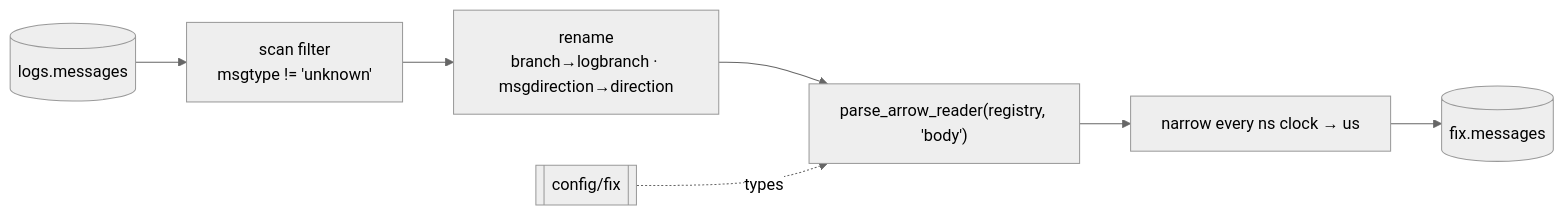
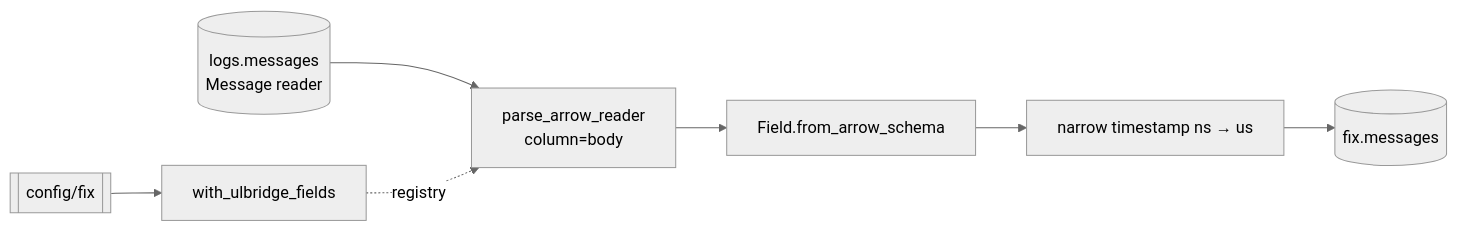
The diagram in docs/pipeline/tasks/parse-fix.md (Platob/yggfin), drawn with Mermaid (neutral theme) before and after one commit. The commit also changed other lines of this file and 46 other files, not shown here.

````diff
--- a/docs/pipeline/tasks/parse-fix.md
+++ b/docs/pipeline/tasks/parse-fix.md
@@ -29,9 +31,9 @@
 ```mermaid
 flowchart LR
-    M[("logs.messages")] --> Q["scan filter<br/>msgtype != 'unknown'"]
-    Q --> R["rename<br/>branch→logbranch · msgdirection→direction"]
-    R --> P["parse_arrow_reader(registry, 'body')"]
-    P --> N["narrow every ns clock → us"]
-    N --> W[("fix.messages")]
-    D[["config/fix"]] -. types .-> P
+    M[("logs.messages<br/>Message reader")] --> F["parse_arrow_reader<br/>column=body"]
+    R[["config/fix"]] --> V["with_ulbridge_fields"]
+    V -.registry.-> F
+    F --> S["Field.from_arrow_schema"]
+    S --> U["narrow timestamp ns → us"]
+    U --> W[("fix.messages")]
 ```
````
